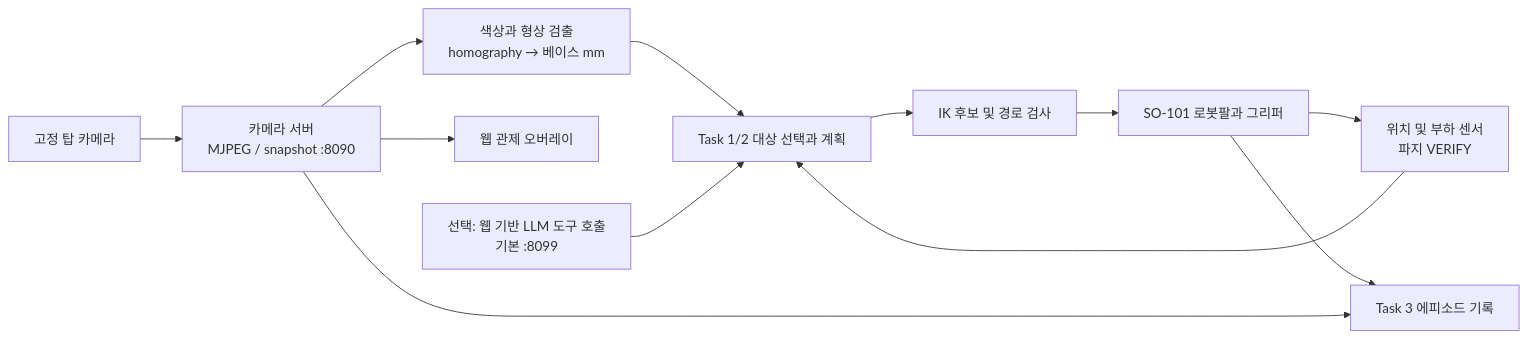
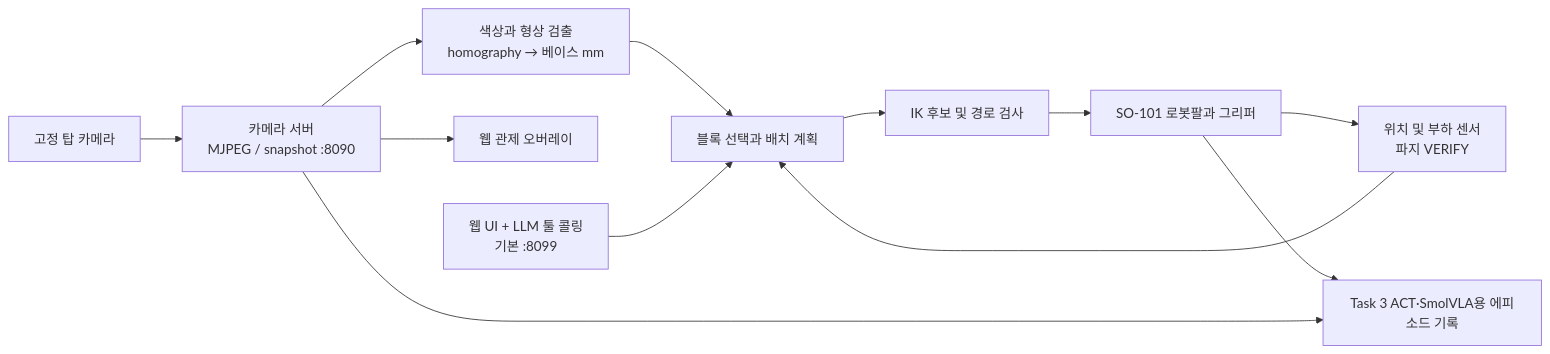
The first of 2 diagrams in README.md (capstone-sim2real/lerobot_sim2real), drawn with Mermaid before and after one commit. The commit also changed other lines of this file, not shown here.

````diff
--- a/README.md
+++ b/README.md
@@ -59,14 +59,14 @@
 ```mermaid
 flowchart LR
     C[고정 탑 카메라] --> CS[카메라 서버<br/>MJPEG / snapshot :8090]
     CS --> P[색상과 형상 검출<br/>homography → 베이스 mm]
-    P --> S[Task 1/2 대상 선택과 계획]
+    P --> S[블록 선택과 배치 계획]
     S --> IK[IK 후보 및 경로 검사]
     IK --> V[SO-101 로봇팔과 그리퍼]
     V --> G[위치 및 부하 센서<br/>파지 VERIFY]
     G --> S
     CS --> W[웹 관제 오버레이]
-    A[선택: 웹 기반 LLM 도구 호출<br/>기본 :8099] --> S
-    V --> D[Task 3 에피소드 기록]
+    A[웹 UI + LLM 툴 콜링<br/>기본 :8099] --> S
+    V --> D[Task 3 ACT·SmolVLA용 에피소드 기록]
     CS --> D
 ```
````
